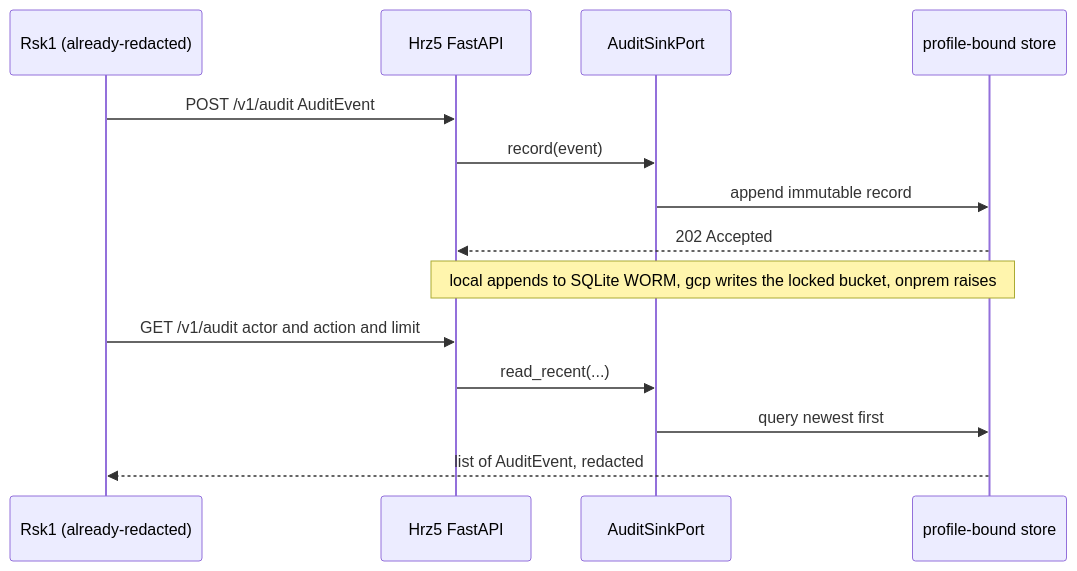
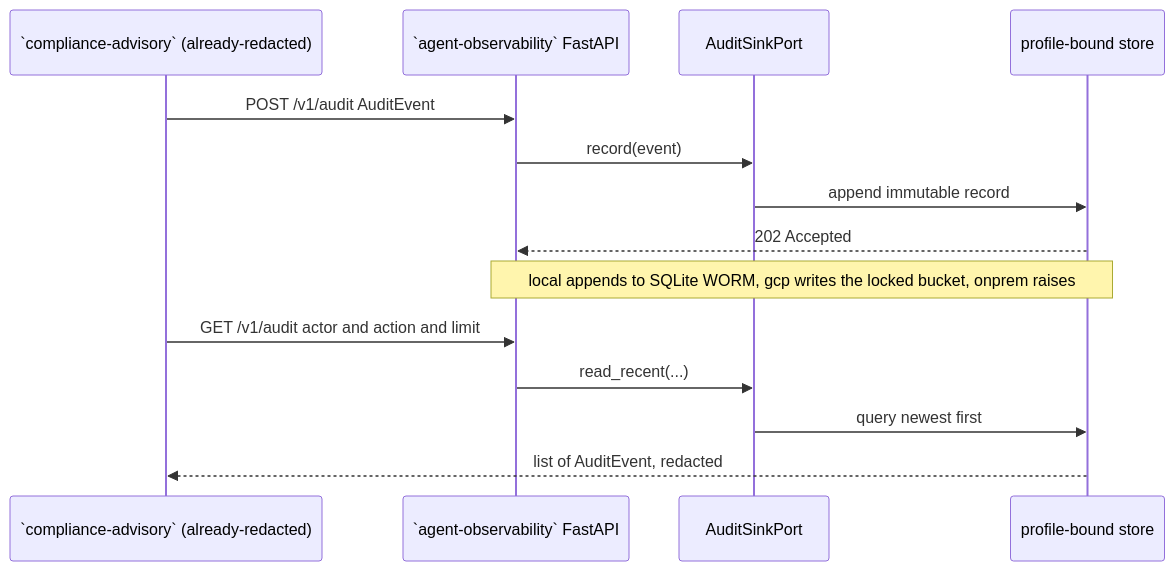
Before and after one commit to portable-genai/agent-observability: the second of 2 diagrams in ARCHITECTURE.md, drawn with Mermaid. The commit also changed other lines of this file and 68 other files, not shown here.

````diff
--- a/ARCHITECTURE.md
+++ b/ARCHITECTURE.md
@@ -69,16 +69,16 @@
 ```mermaid
 sequenceDiagram
-  participant Rsk1 as Rsk1 (already-redacted)
-  participant API as Hrz5 FastAPI
+  participant `compliance-advisory` as `compliance-advisory` (already-redacted)
+  participant API as `agent-observability` FastAPI
   participant Port as AuditSinkPort
   participant Store as profile-bound store
-  Rsk1->>API: POST /v1/audit AuditEvent
+  `compliance-advisory`->>API: POST /v1/audit AuditEvent
   API->>Port: record(event)
   Port->>Store: append immutable record
   Store-->>API: 202 Accepted
   Note over API,Store: local appends to SQLite WORM, gcp writes the locked bucket, onprem raises
-  Rsk1->>API: GET /v1/audit actor and action and limit
+  `compliance-advisory`->>API: GET /v1/audit actor and action and limit
   API->>Port: read_recent(...)
   Port->>Store: query newest first
-  Store-->>Rsk1: list of AuditEvent, redacted
+  Store-->>`compliance-advisory`: list of AuditEvent, redacted
 ```
````
